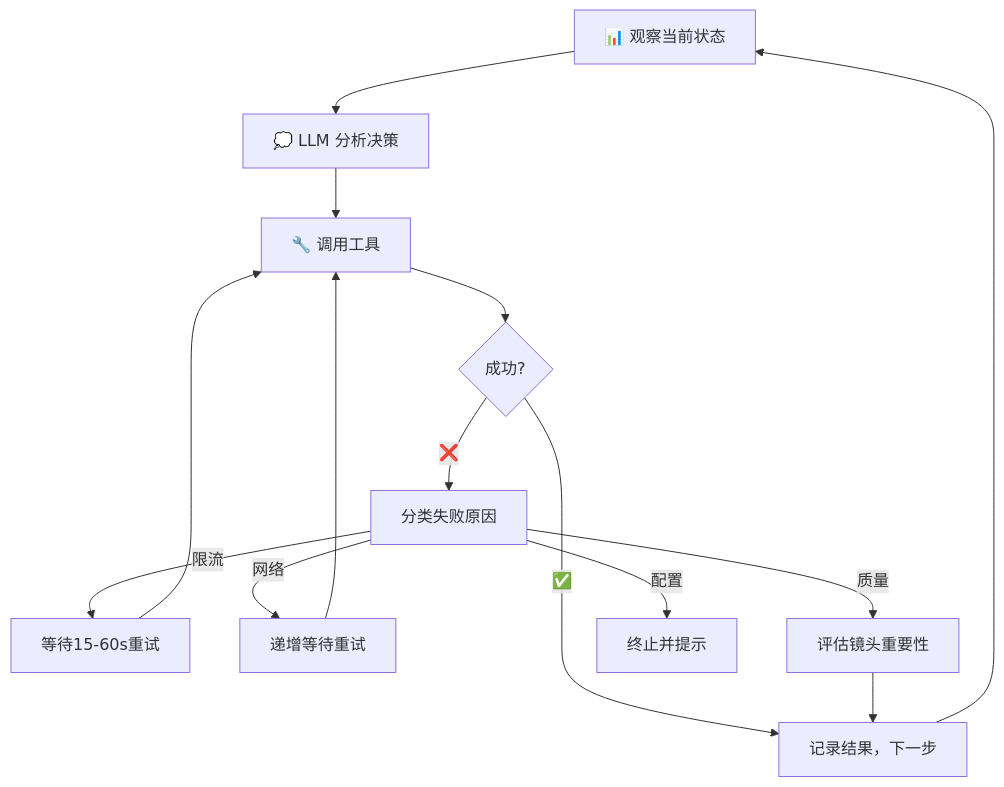
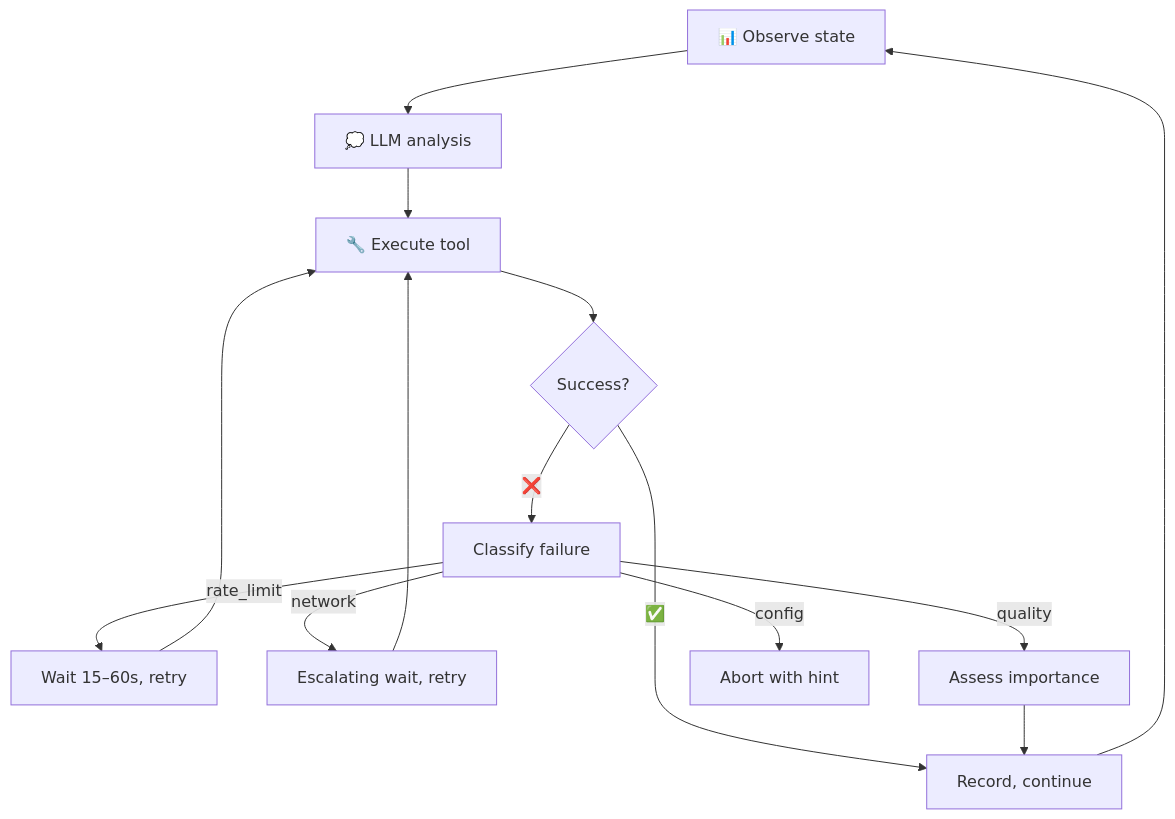
One commit to JACK-123666/ZHIyanzhushou changed the second of 2 diagrams in README.md. Above: the diagram before and after it, drawn with Mermaid. The commit also changed other lines of this file, not shown here.

````diff
--- a/README.md
+++ b/README.md
@@ -35,16 +35,16 @@
 ```mermaid
 flowchart TD
-    A[📊 观察当前状态] --> B[💭 LLM 分析决策]
-    B --> C[🔧 调用工具]
-    C --> D{成功?}
-    D -->|✅| E[记录结果，下一步]
-    D -->|❌| F[分类失败原因]
-    F -->|限流| G1[等待15-60s重试]
-    F -->|网络| G2[递增等待重试]
-    F -->|质量| G3[评估镜头重要性]
-    F -->|配置| G4[终止并提示]
+    A[📊 Observe state] --> B[💭 LLM analysis]
+    B --> C[🔧 Execute tool]
+    C --> D{Success?}
+    D -->|✅| E[Record, continue]
+    D -->|❌| F[Classify failure]
+    F -->|rate_limit| G1[Wait 15–60s, retry]
+    F -->|network| G2[Escalating wait, retry]
+    F -->|quality| G3[Assess importance]
+    F -->|config| G4[Abort with hint]
     G1 --> C
     G2 --> C
     G3 --> E
     E --> A
 ```
````
